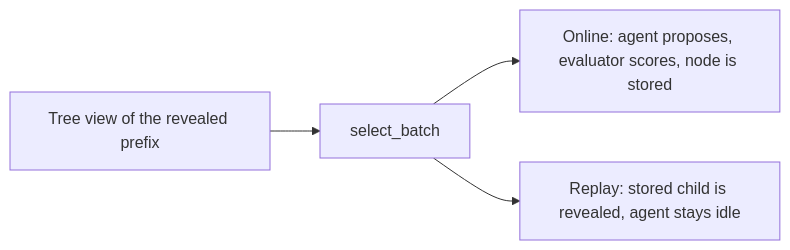
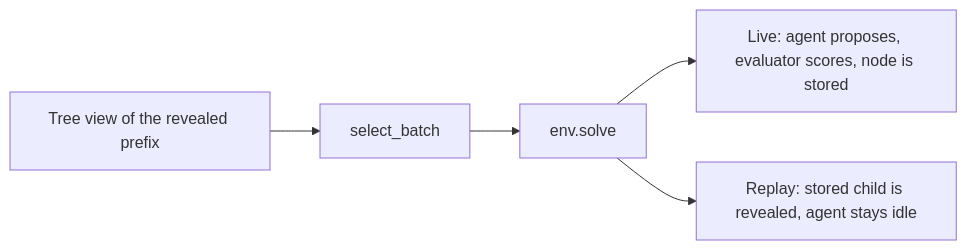
One commit to Sebastianrodaaa/Seb-DREAM-RSI changed the third of 5 diagrams in README.md. Above: the diagram before and after it, drawn with Mermaid. The commit also changed other lines of this file and 4 other files, not shown here.

````diff
--- a/README.md
+++ b/README.md
@@ -87,7 +87,8 @@
 ```mermaid
 flowchart LR
   view[Tree view of the revealed prefix]
   view --> policy[select_batch]
-  policy --> onlinePath[Online: agent proposes, evaluator scores, node is stored]
-  policy --> replayPath[Replay: stored child is revealed, agent stays idle]
+  policy --> solve[env.solve]
+  solve --> onlinePath[Live: agent proposes, evaluator scores, node is stored]
+  solve --> replayPath[Replay: stored child is revealed, agent stays idle]
 ```
````
